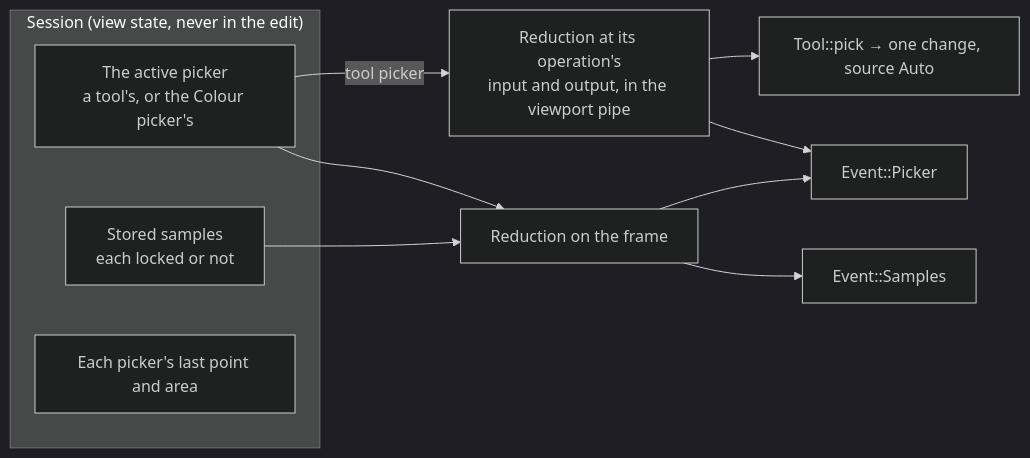
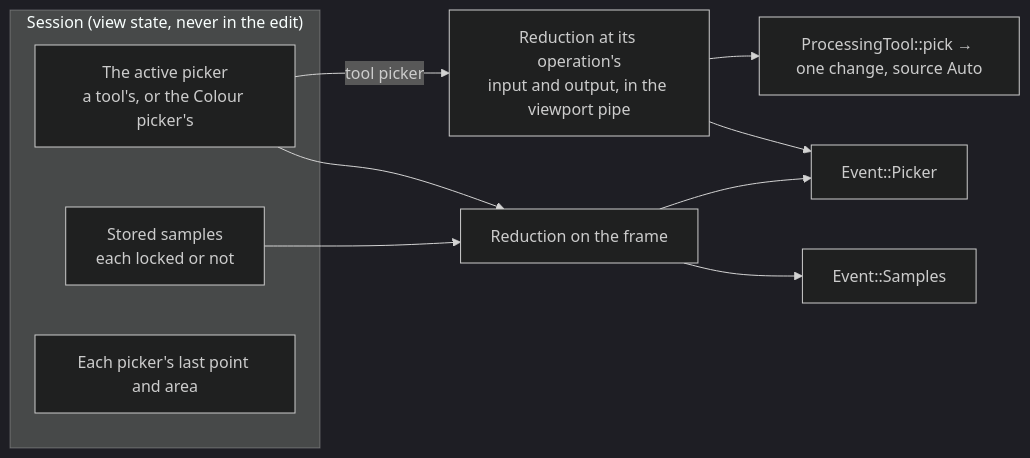
One commit to apertrust/apertrust changed the diagram in docs/pickers.md. Above: the diagram before and after it, drawn with Mermaid (dark theme). The commit also changed other lines of this file and 92 other files, not shown here.

````diff
--- a/docs/pickers.md
+++ b/docs/pickers.md
@@ -35,15 +35,15 @@
 ```mermaid
 flowchart LR
     subgraph session["Session (view state, never in the edit)"]
         A["The active picker<br/>a tool's, or the Colour picker's"]
         L["Stored samples<br/>each locked or not"]
         R["Each picker's last point and area"]
     end
     A -->|"tool picker"| M["Reduction at its operation's<br/>input and output, in the viewport pipe"]
     A --> F["Reduction on the frame"]
     L --> F
-    M --> P["Tool::pick → one change, source Auto"]
+    M --> P["ProcessingTool::pick → one change, source Auto"]
     M --> E1["Event::Picker"]
     F --> E1
     F --> E2["Event::Samples"]
 ```
````
